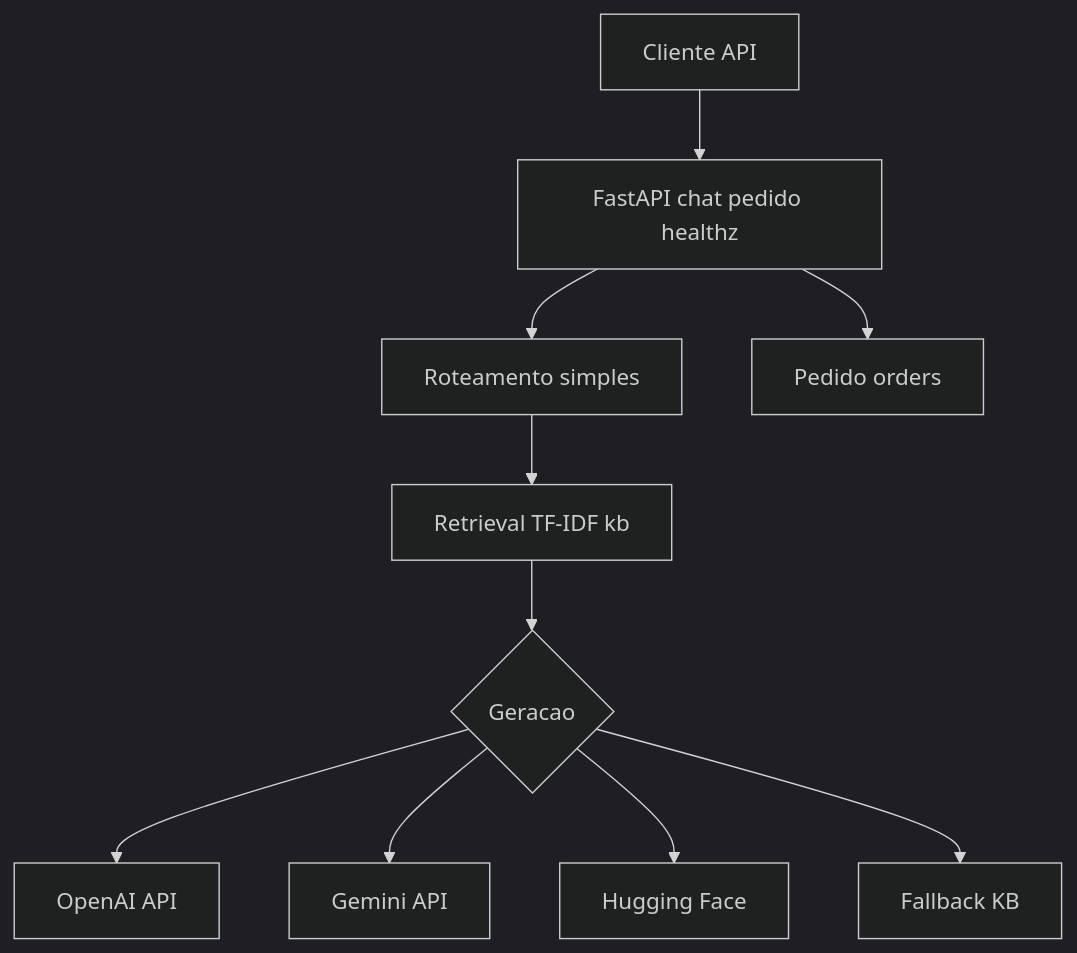
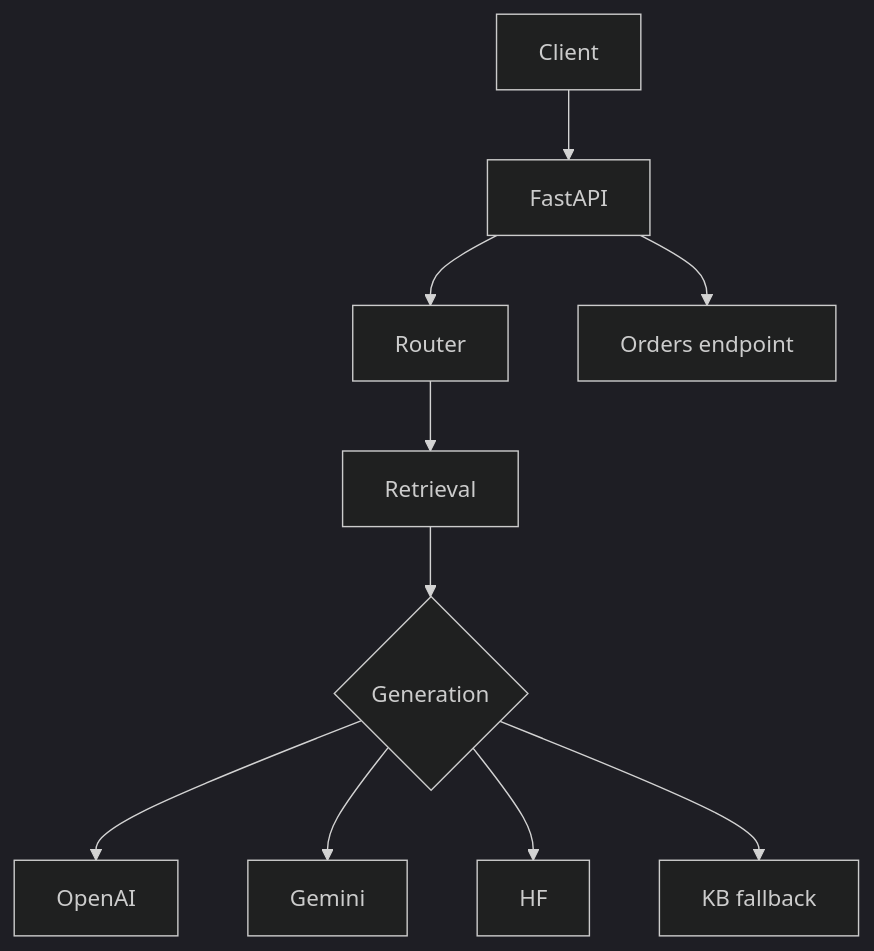
Before and after one commit to tamaraporf/-POC-chatbot: the first of 4 diagrams in docs/ARCHITECTURE_AND_PIPELINE.md, drawn with Mermaid (dark theme). The commit also changed other lines of this file, not shown here.

Commit message:
ajusta diagramas

````diff
--- a/docs/ARCHITECTURE_AND_PIPELINE.md
+++ b/docs/ARCHITECTURE_AND_PIPELINE.md
@@ -26,12 +28,12 @@
 ```mermaid
 flowchart TD
-    A[Cliente API] --> B[FastAPI chat pedido healthz]
-    B --> C[Roteamento simples]
-    C --> D[Retrieval TF-IDF kb]
-    D --> E{Geracao}
-    E --> F[OpenAI API]
-    E --> G[Gemini API]
-    E --> H[Hugging Face]
-    E --> I[Fallback KB]
-    B --> J[Pedido orders]
+    A[Client] --> B[FastAPI]
+    B --> C[Router]
+    C --> D[Retrieval]
+    D --> E{Generation}
+    E --> F[OpenAI]
+    E --> G[Gemini]
+    E --> H[HF]
+    E --> I[KB fallback]
+    B --> J[Orders endpoint]
 ```
````
